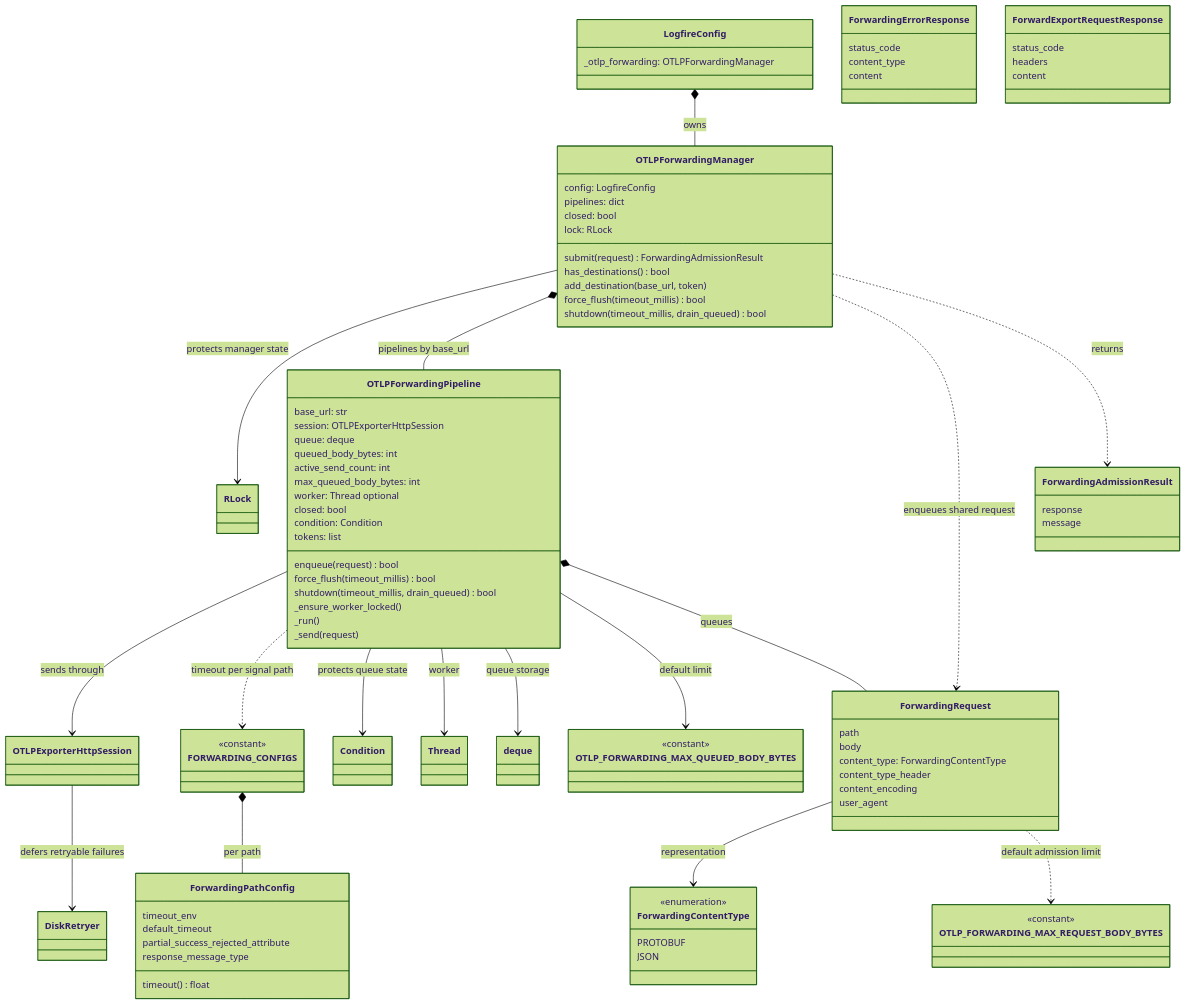
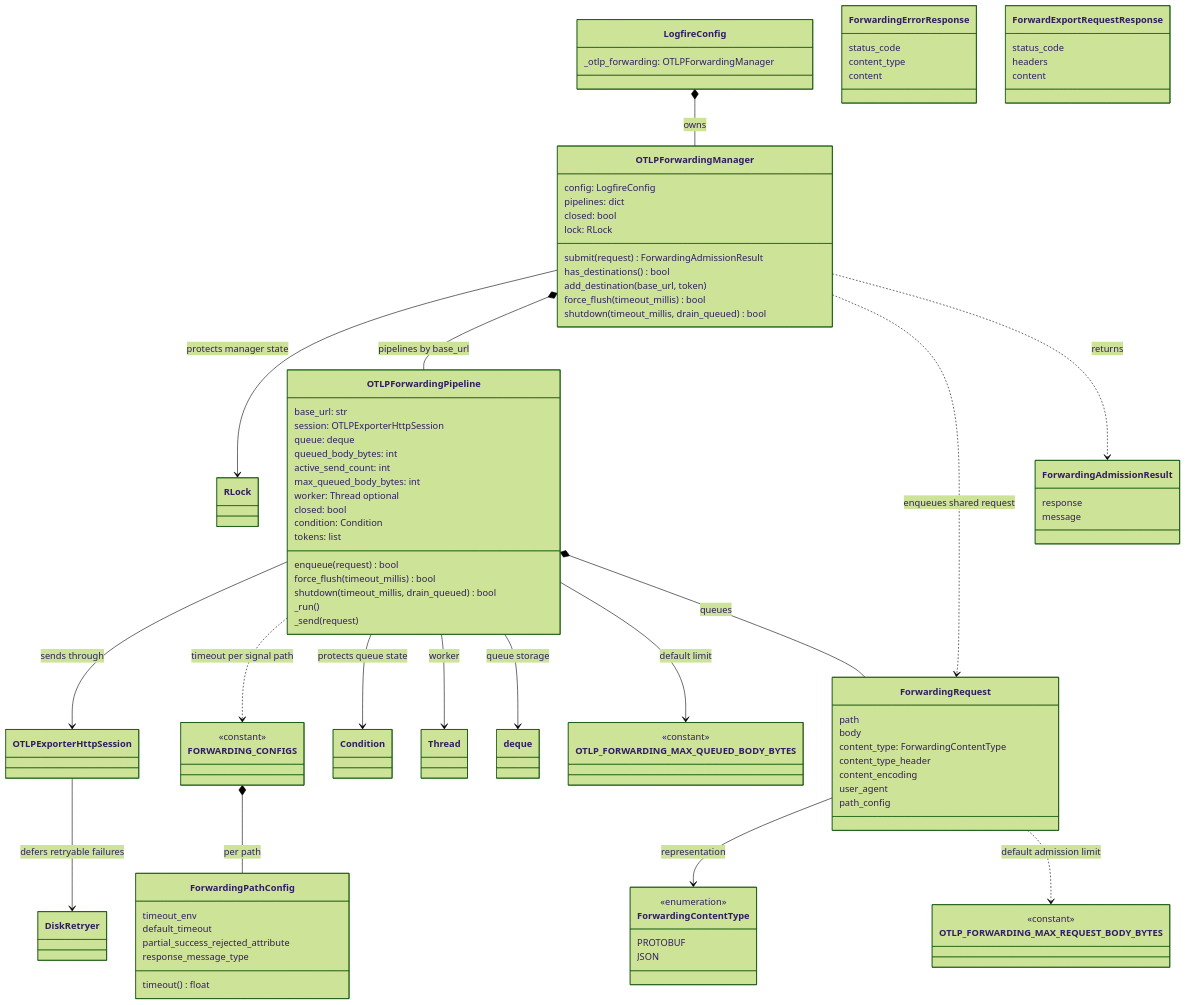
Before and after one commit to pydantic/logfire: the third of 5 diagrams in specs/browser-telemetry-forwarding-first-pass/diagrams.md, drawn with Mermaid (forest theme). The commit also changed other lines of this file and 3 other files, not shown here.

```diff
--- a/specs/browser-telemetry-forwarding-first-pass/diagrams.md
+++ b/specs/browser-telemetry-forwarding-first-pass/diagrams.md
@@ -99,7 +99,6 @@
         enqueue(request) bool
         force_flush(timeout_millis) bool
         shutdown(timeout_millis, drain_queued) bool
-        _ensure_worker_locked()
         _run()
         _send(request)
     }
@@ -111,6 +110,7 @@
         content_type_header
         content_encoding
         user_agent
+        path_config
     }
 
     class ForwardingContentType {
```
